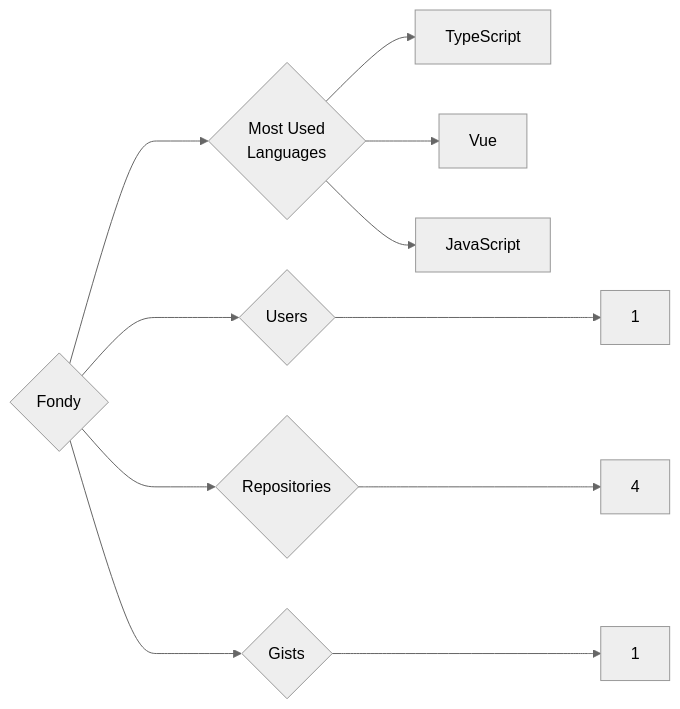
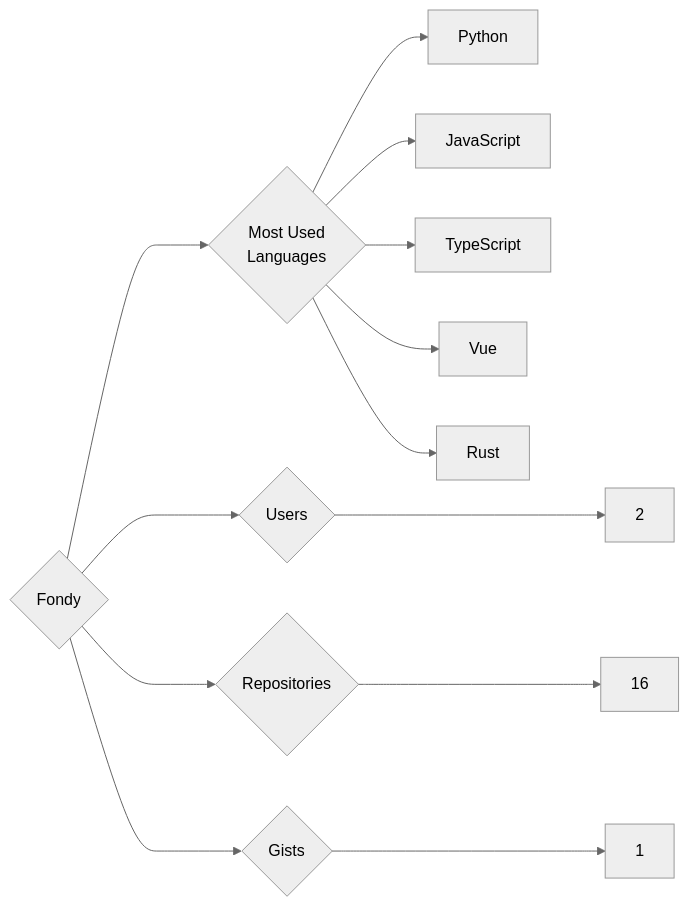
The diagram in targets/Fondy/README.md (trickest/insiders), drawn with Mermaid (neutral theme) before and after one commit. The commit also changed 1030 other files, not shown here.

````diff
--- a/targets/Fondy/README.md
+++ b/targets/Fondy/README.md
@@ -3,11 +3,13 @@
 ```mermaid
 graph LR
 COMPANY_NAME{Fondy}
-COMPANY_NAME ---> U{Users} ---> UN[1]
-COMPANY_NAME ---> R{Repositories} ---> RN[4]
+COMPANY_NAME ---> U{Users} ---> UN[2]
+COMPANY_NAME ---> R{Repositories} ---> RN[16]
 COMPANY_NAME ---> G{Gists} ---> GN[1]
 COMPANY_NAME ---> ML{Most Used<br>Languages}
+ML --> Python[Python]
+ML --> JavaScript[JavaScript]
 ML --> TypeScript[TypeScript]
 ML --> Vue[Vue]
-ML --> JavaScript[JavaScript]
+ML --> Rust[Rust]
 ```
````
